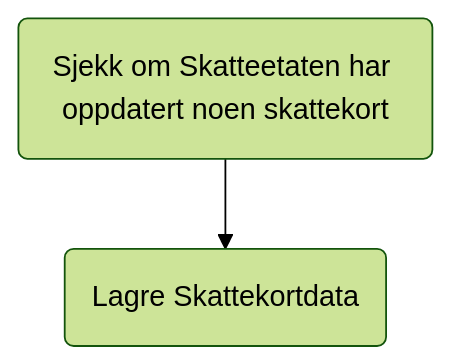
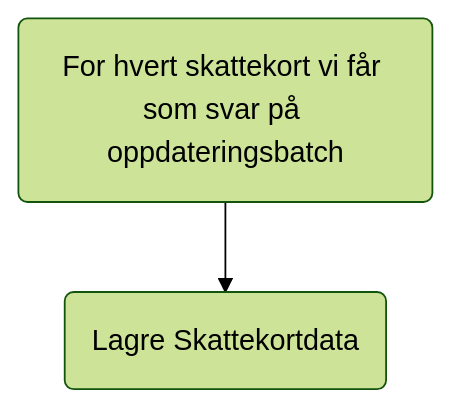
One commit to navikt/sokos-skattekort changed the eighth of 9 diagrams in dokumentasjon/arkitektur/workflows.md. Above: the diagram before and after it, drawn with Mermaid (forest theme). The commit also changed other lines of this file, not shown here.

````diff
--- a/dokumentasjon/arkitektur/workflows.md
+++ b/dokumentasjon/arkitektur/workflows.md
@@ -95,4 +95,4 @@
 ```mermaid
 flowchart TD
-    SKD(Sjekk om Skatteetaten har oppdatert noen skattekort) --> L(Lagre Skattekortdata)
+    SKD(For hvert skattekort vi får som svar på oppdateringsbatch) --> L(Lagre Skattekortdata)
 ```
````
